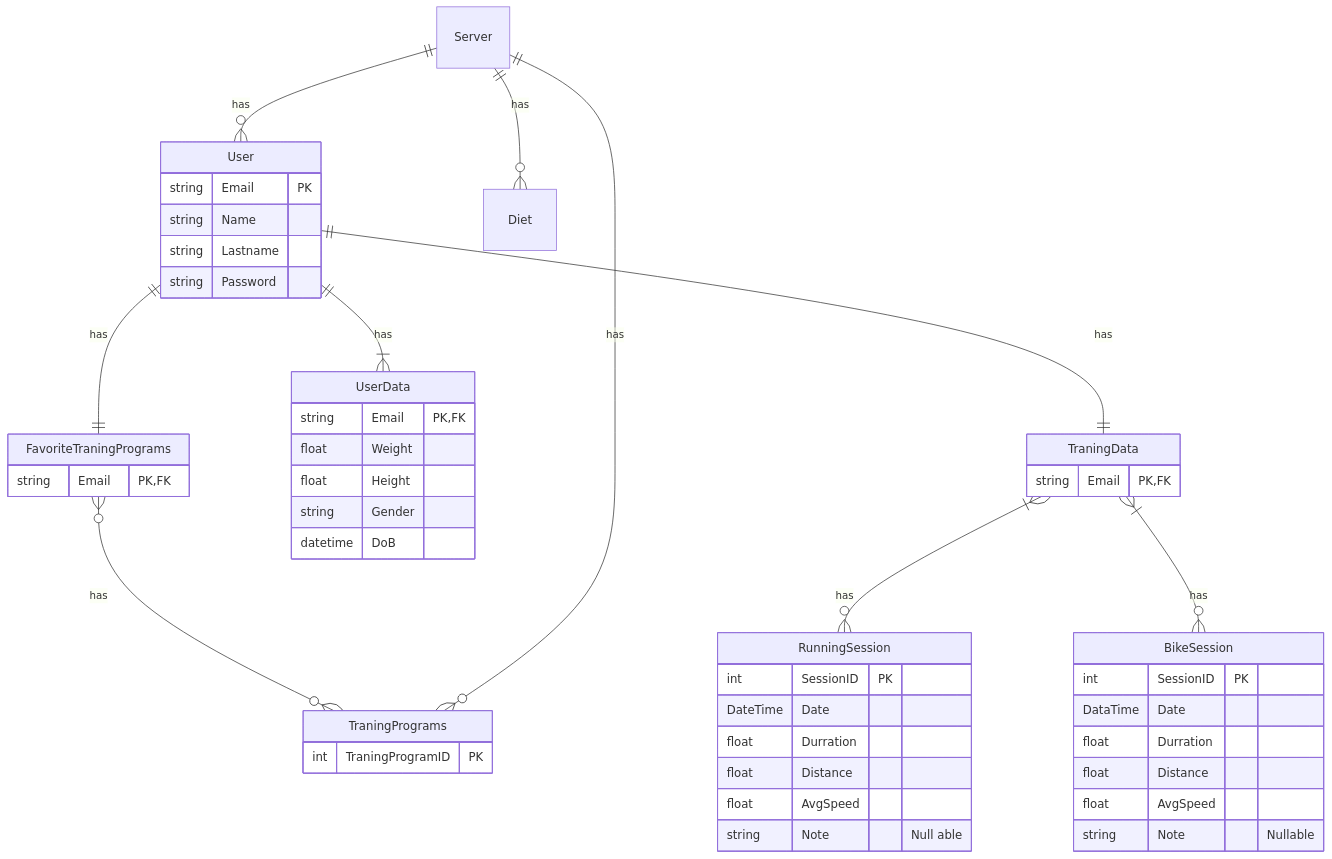
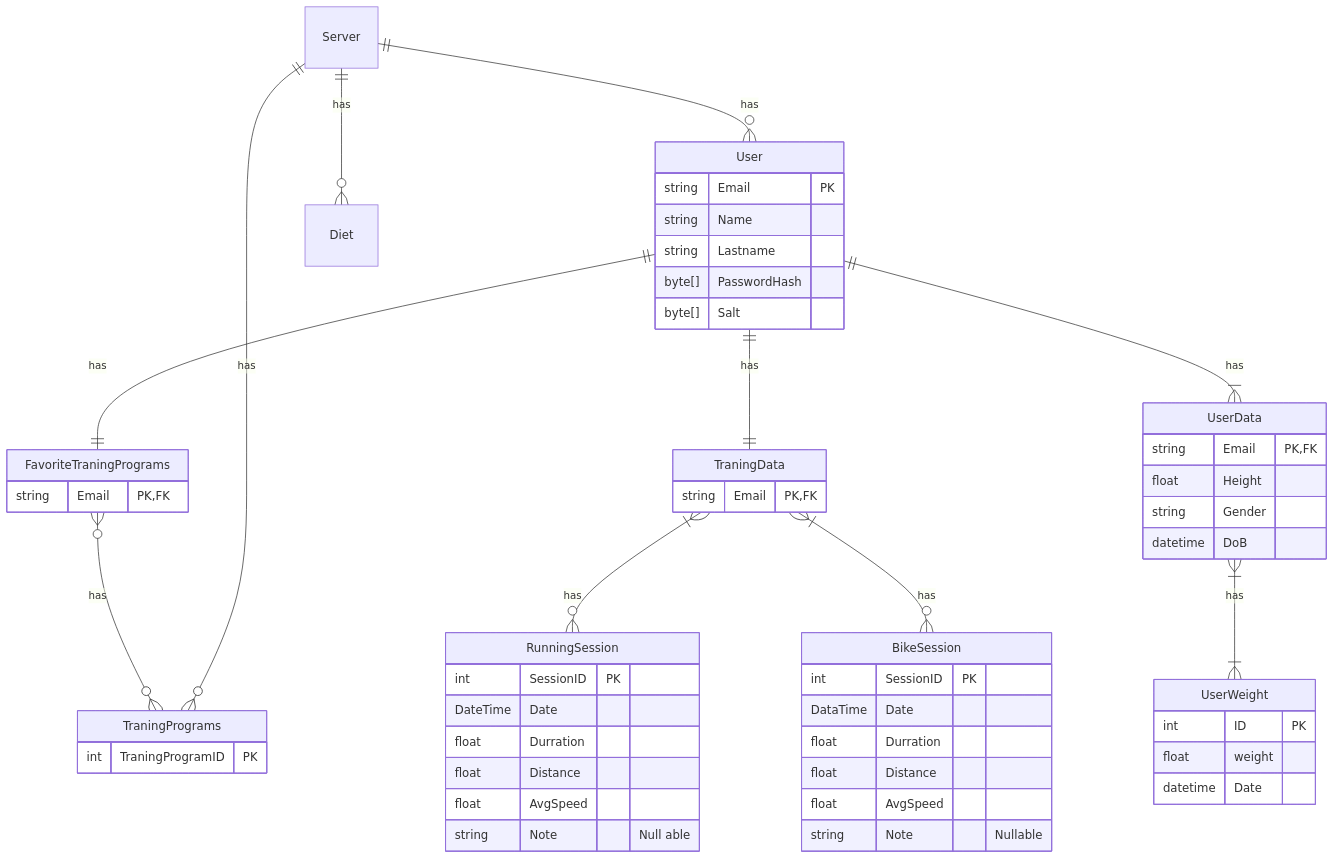
The diagram in Diagrammer/Design/DesignDatabase.md (kamar-dk/Sem.Project4), drawn with Mermaid before and after one commit. The commit also changed 1 other file, not shown here.

Commit message:
Update Er Diagram

````diff
--- a/Diagrammer/Design/DesignDatabase.md
+++ b/Diagrammer/Design/DesignDatabase.md
@@ -1,69 +1,77 @@
 ```mermaid
 erDiagram
 
 User {
     string Email PK
     string Name
     string Lastname
-    string Password
+    byte[] PasswordHash
+    byte[] Salt
 }
 
 TraningData {
     string Email PK, FK
 }
 
 UserData {
     string Email PK, FK
-    float Weight
     float Height
     string Gender
     datetime DoB
+}
+
+UserWeight {
+    int ID PK
+    float weight
+    datetime Date
 }
 
 FavoriteTraningPrograms {
     string Email PK, FK
 }
 
 Server {
 
 
 }
 
 TraningPrograms {
     int TraningProgramID PK
 }
 
 Diet {
 
 }
 
 RunningSession{
     int SessionID PK
     DateTime Date
     float Durration
     float Distance
     float AvgSpeed
     string Note "Null able"
 }
 
 BikeSession{
     int SessionID PK
     DataTime Date
     float Durration
     float Distance
     float AvgSpeed
     string Note "Nullable"
 }
 
+
 User ||--|| TraningData : has
 User ||--|{ UserData : has
 User ||--|| FavoriteTraningPrograms : has
 FavoriteTraningPrograms }o--o{ TraningPrograms : has
+UserData }|--|{ UserWeight : has
 Server ||--o{ TraningPrograms : has
 Server ||--o{ User : has
 Server ||--o{ Diet : has
 
 TraningData }|--o{ RunningSession : has
 TraningData }|--o{ BikeSession : has
 
 ```
````
